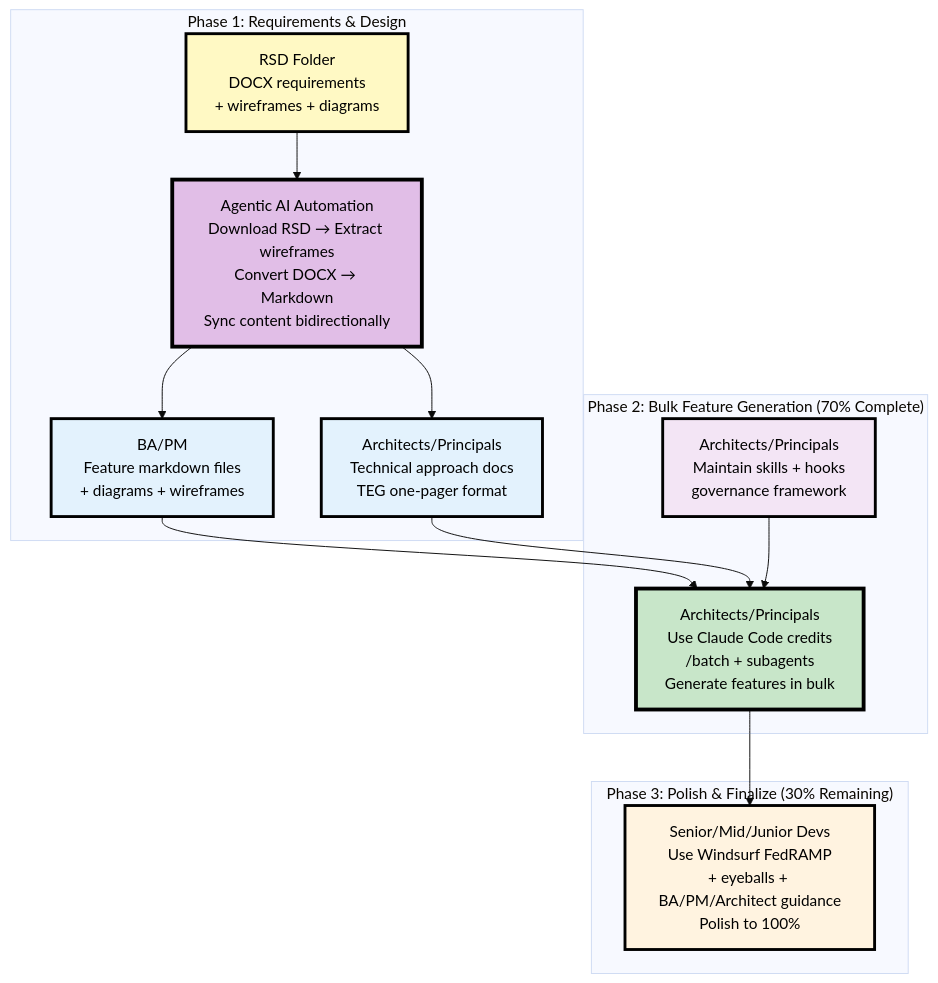
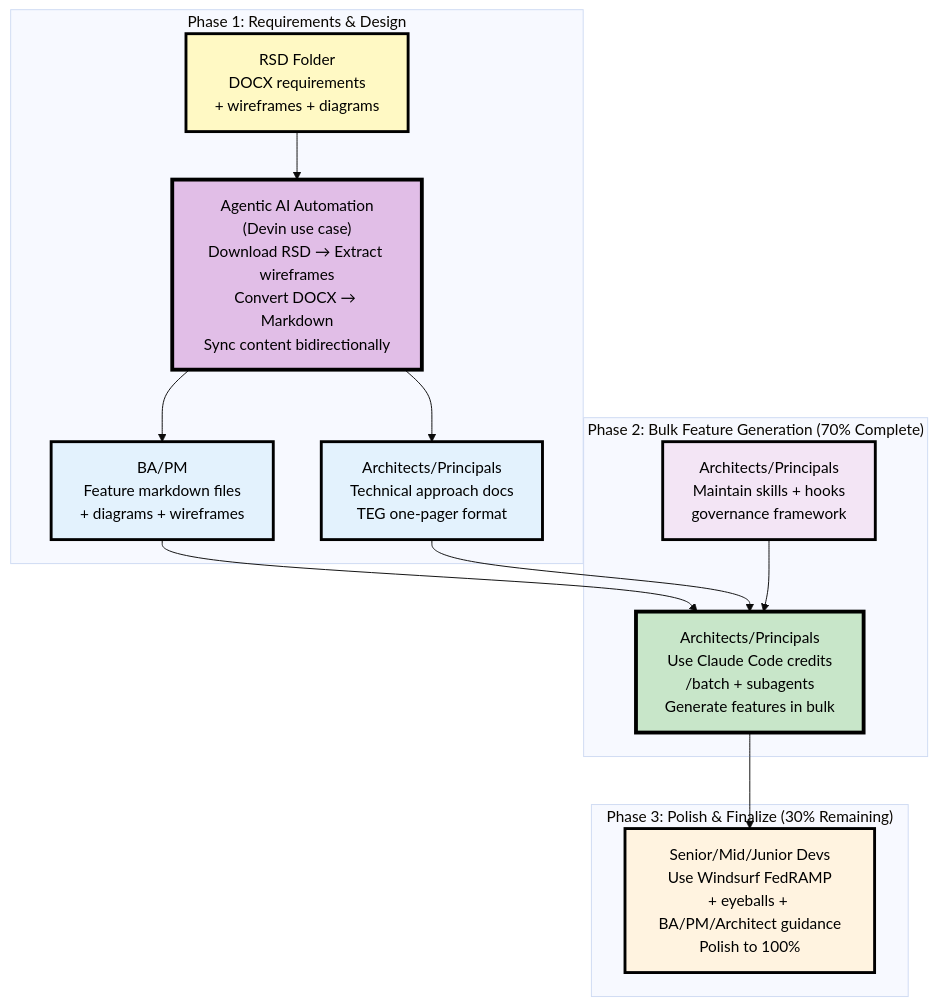
Before and after one commit to adourish/whitepapers: the first of 5 diagrams in 01_Projects/Executive-Deck-AI-Coding-Tools.md, drawn with Mermaid (base theme).

Commit message:
Update diagram to highlight Devin use case for agentic AI automation

````diff
--- a/01_Projects/Executive-Deck-AI-Coding-Tools.md
+++ b/01_Projects/Executive-Deck-AI-Coding-Tools.md
@@ -14,34 +14,34 @@
 ```mermaid
 graph TB
     subgraph "Phase 1: Requirements & Design"
         RSD["RSD Folder<br/>DOCX requirements<br/>+ wireframes + diagrams"]
-        AI_SYNC["Agentic AI Automation<br/>Download RSD → Extract wireframes<br/>Convert DOCX → Markdown<br/>Sync content bidirectionally"]
+        AI_SYNC["Agentic AI Automation<br/>(Devin use case)<br/>Download RSD → Extract wireframes<br/>Convert DOCX → Markdown<br/>Sync content bidirectionally"]
         BA["BA/PM<br/>Feature markdown files<br/>+ diagrams + wireframes"]
         ARCH["Architects/Principals<br/>Technical approach docs<br/>TEG one-pager format"]
     end
     
     subgraph "Phase 2: Bulk Feature Generation (70% Complete)"
         SKILLS["Architects/Principals<br/>Maintain skills + hooks<br/>governance framework"]
         BATCH["Architects/Principals<br/>Use Claude Code credits<br/>/batch + subagents<br/>Generate features in bulk"]
     end
     
     subgraph "Phase 3: Polish & Finalize (30% Remaining)"
         TEAM["Senior/Mid/Junior Devs<br/>Use Windsurf FedRAMP<br/>+ eyeballs + BA/PM/Architect guidance<br/>Polish to 100%"]
     end
     
     RSD --> AI_SYNC
     AI_SYNC --> BA
     AI_SYNC --> ARCH
     BA --> BATCH
     ARCH --> BATCH
     SKILLS --> BATCH
     BATCH --> TEAM
     
     style RSD fill:#fff9c4,stroke:#000,stroke-width:3px,color:#000
     style AI_SYNC fill:#e1bee7,stroke:#000,stroke-width:4px,color:#000
     style BA fill:#e3f2fd,stroke:#000,stroke-width:3px,color:#000
     style ARCH fill:#e3f2fd,stroke:#000,stroke-width:3px,color:#000
     style SKILLS fill:#f3e5f5,stroke:#000,stroke-width:3px,color:#000
     style BATCH fill:#c8e6c9,stroke:#000,stroke-width:4px,color:#000
     style TEAM fill:#fff3e0,stroke:#000,stroke-width:3px,color:#000
 ```
````
